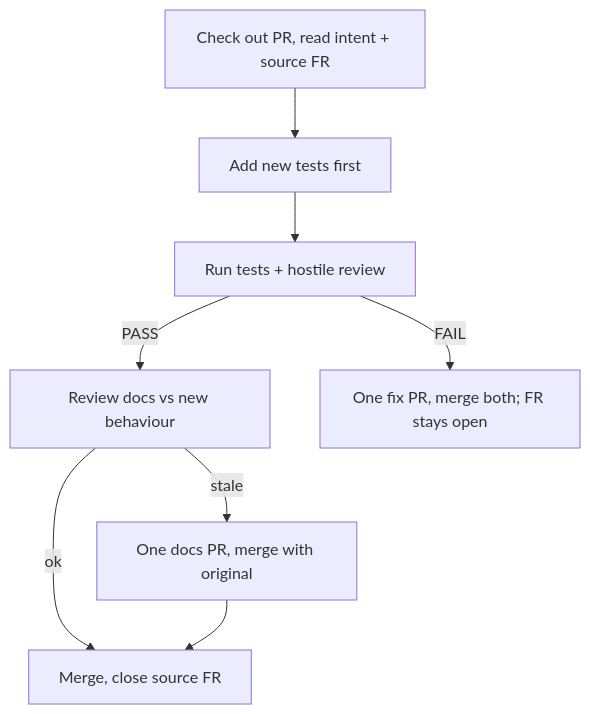
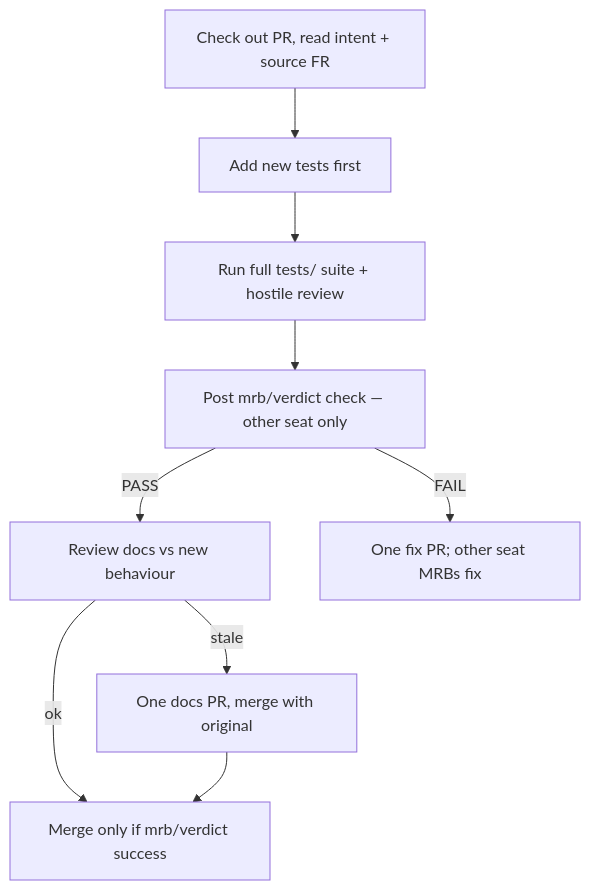
One commit to SimonBarnett/gh-Jeeves changed the diagram in skills/jeeves-task-modes/SKILL.md. Above: the diagram before and after it, drawn with Mermaid. The commit also changed other lines of this file and 7 other files, not shown here.

Commit message:
feat(#92): mrb/verdict gate — no self-MRB, full suite, min duration

````diff
--- a/skills/jeeves-task-modes/SKILL.md
+++ b/skills/jeeves-task-modes/SKILL.md
@@ -30,10 +30,11 @@
 ```mermaid
 flowchart TD
   A[Check out PR, read intent + source FR] --> B[Add new tests first]
-  B --> C[Run tests + hostile review]
-  C -->|PASS| D[Review docs vs new behaviour]
+  B --> C[Run full tests/ suite + hostile review]
+  C --> V[Post mrb/verdict check — other seat only]
+  V -->|PASS| D[Review docs vs new behaviour]
   D -->|stale| E[One docs PR, merge with original]
-  D -->|ok| F[Merge, close source FR]
+  D -->|ok| F[Merge only if mrb/verdict success]
   E --> F
-  C -->|FAIL| G[One fix PR, merge both; FR stays open]
+  V -->|FAIL| G[One fix PR; other seat MRBs fix]
 ```
````
